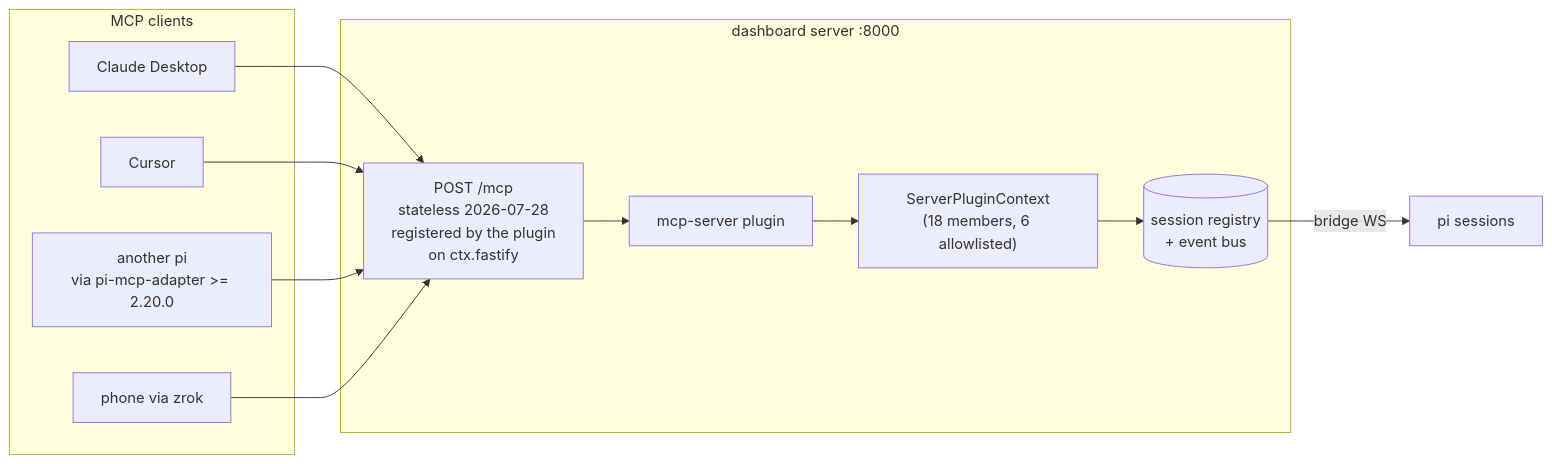
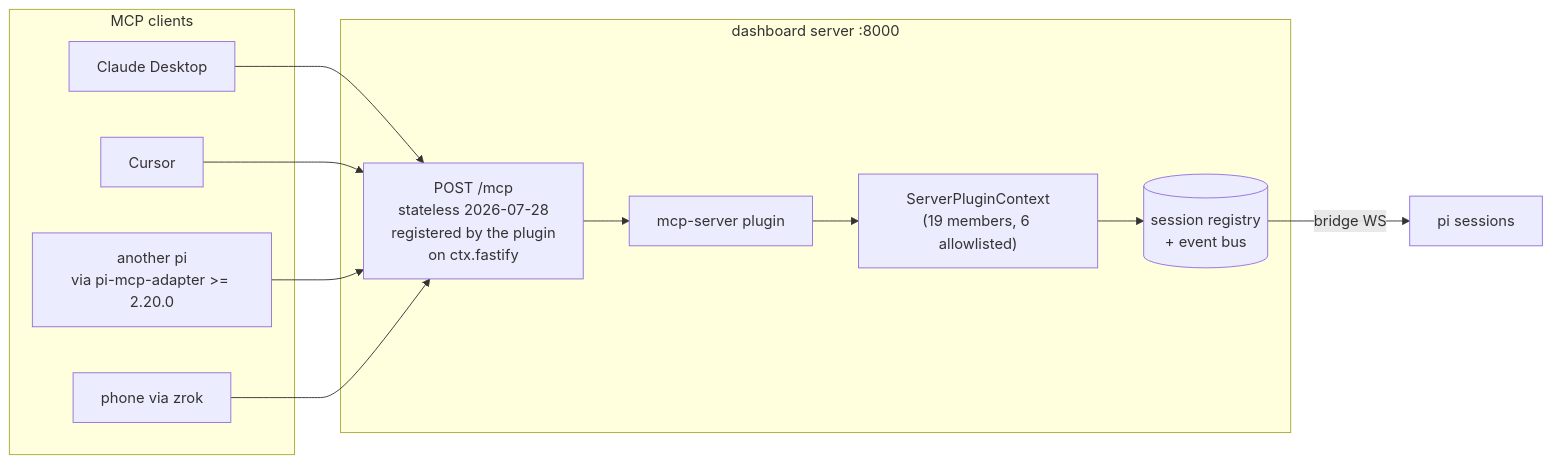
Before and after one commit to BlackBeltTechnology/pi-agent-dashboard: the diagram in openspec/changes/add-dashboard-mcp-server/design.md, drawn with Mermaid. The commit also changed other lines of this file and 3 other files, not shown here.

````diff
--- a/openspec/changes/add-dashboard-mcp-server/design.md
+++ b/openspec/changes/add-dashboard-mcp-server/design.md
@@ -45,27 +45,27 @@
 ```mermaid
 flowchart LR
   subgraph clients[MCP clients]
     CD[Claude Desktop]
     CU[Cursor]
     PI["another pi<br/>via pi-mcp-adapter >= 2.20.0"]
     PH[phone via zrok]
   end
 
   subgraph dash[dashboard server :8000]
     RT["POST /mcp<br/>stateless 2026-07-28<br/>registered by the plugin<br/>on ctx.fastify"]
     PL["mcp-server plugin"]
-    SPC["ServerPluginContext<br/>(18 members, 6 allowlisted)"]
+    SPC["ServerPluginContext<br/>(19 members, 6 allowlisted)"]
     BUS[("session registry<br/>+ event bus")]
   end
 
   SESS[pi sessions]
 
   CD --> RT
   CU --> RT
   PI --> RT
   PH --> RT
   RT --> PL
   PL --> SPC
   SPC --> BUS
   BUS -->|bridge WS| SESS
 ```
````
